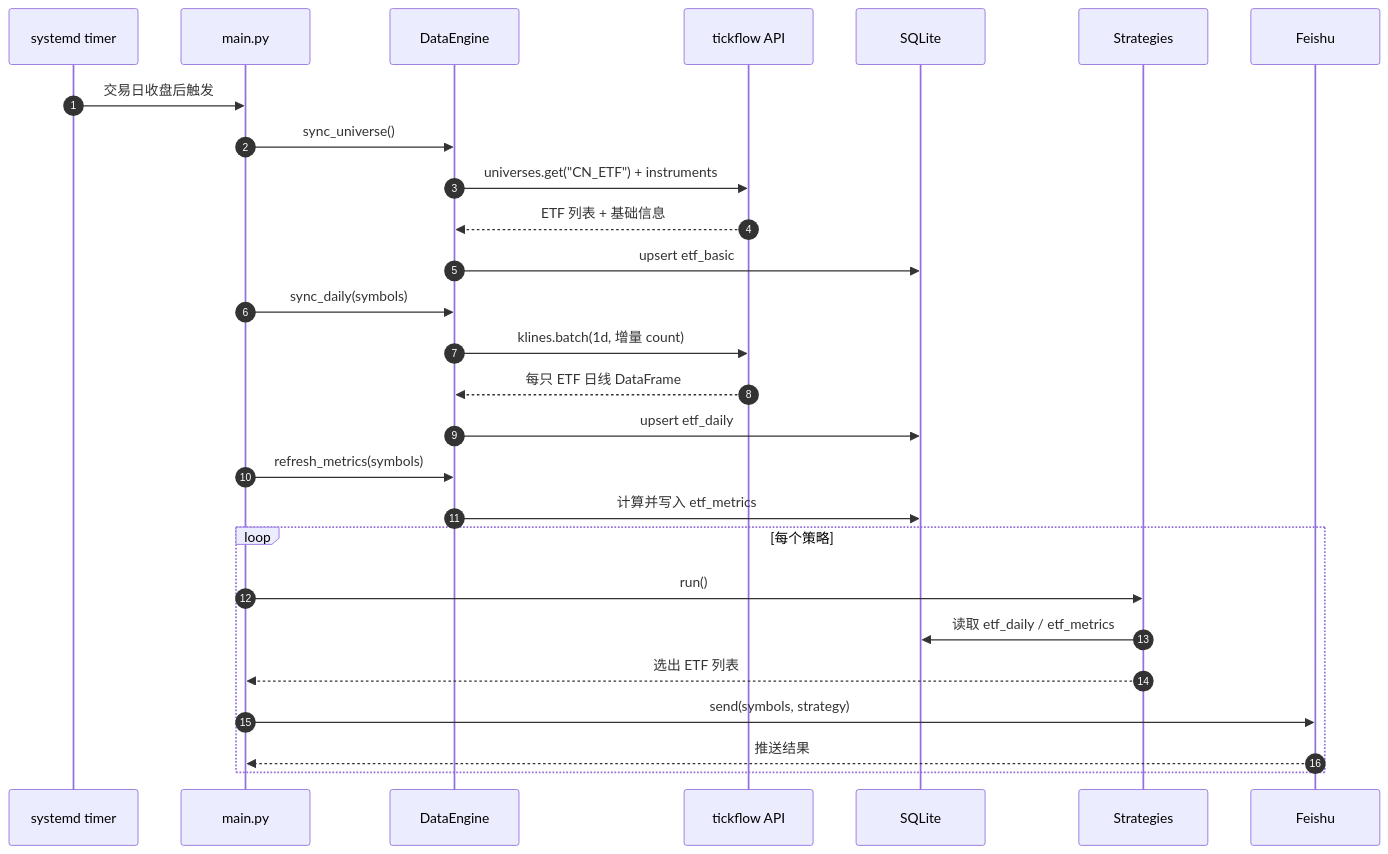
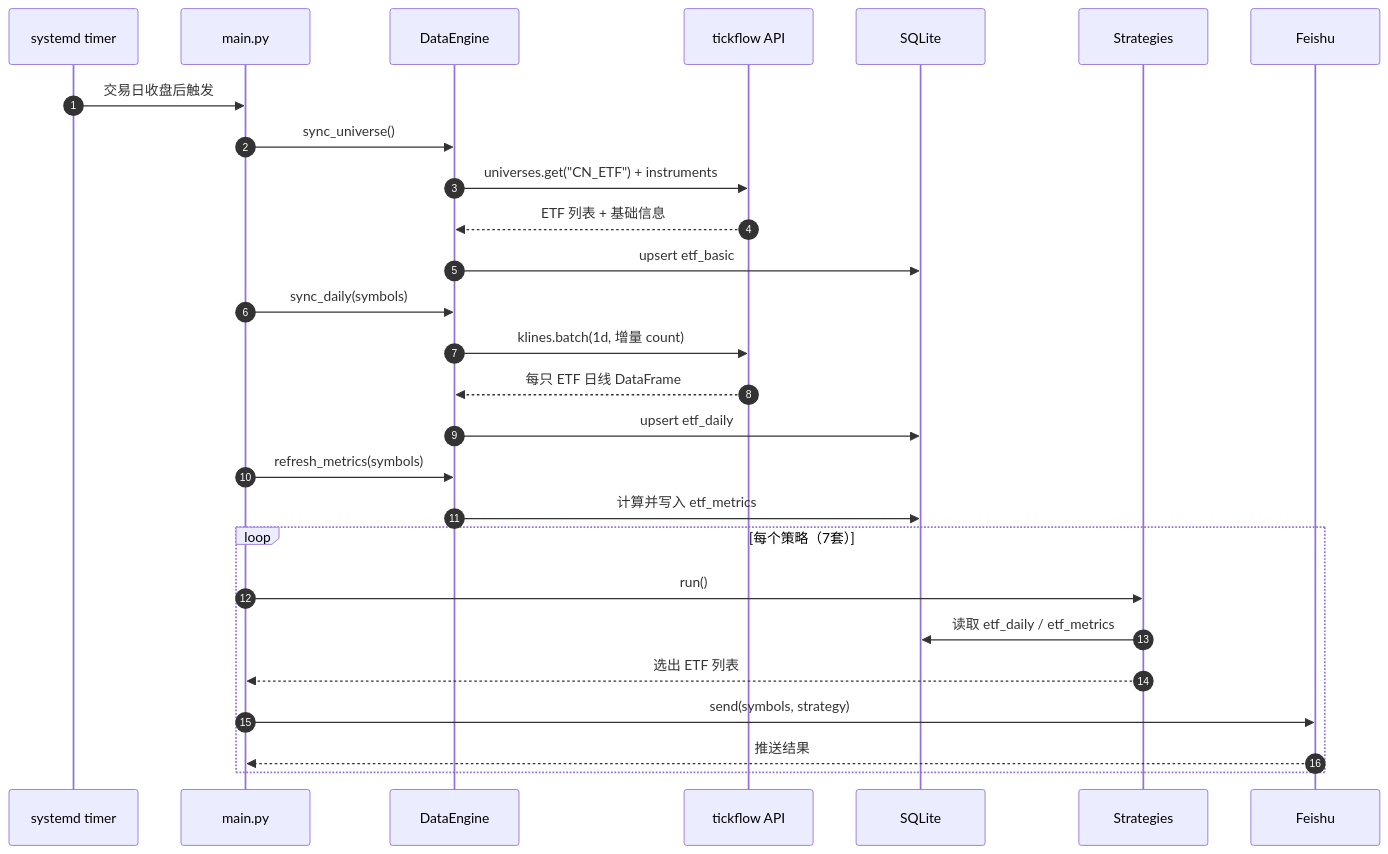
Before and after one commit to zongyangbigpolo/Matrix: the second of 5 diagrams in docs/architecture.md, drawn with Mermaid. The commit also changed other lines of this file and 15 other files, not shown here.

````diff
--- a/docs/architecture.md
+++ b/docs/architecture.md
@@ -66,30 +67,30 @@
 ```mermaid
 sequenceDiagram
     autonumber
     participant Cron as systemd timer
     participant Main as main.py
     participant Eng as DataEngine
     participant TF as tickflow API
     participant DB as SQLite
     participant Strat as Strategies
     participant Fs as Feishu
 
     Cron->>Main: 交易日收盘后触发
     Main->>Eng: sync_universe()
     Eng->>TF: universes.get("CN_ETF") + instruments
     TF-->>Eng: ETF 列表 + 基础信息
     Eng->>DB: upsert etf_basic
     Main->>Eng: sync_daily(symbols)
     Eng->>TF: klines.batch(1d, 增量 count)
     TF-->>Eng: 每只 ETF 日线 DataFrame
     Eng->>DB: upsert etf_daily
     Main->>Eng: refresh_metrics(symbols)
     Eng->>DB: 计算并写入 etf_metrics
-    loop 每个策略
+    loop 每个策略（7套）
         Main->>Strat: run()
         Strat->>DB: 读取 etf_daily / etf_metrics
         Strat-->>Main: 选出 ETF 列表
         Main->>Fs: send(symbols, strategy)
         Fs-->>Main: 推送结果
     end
 ```
````
